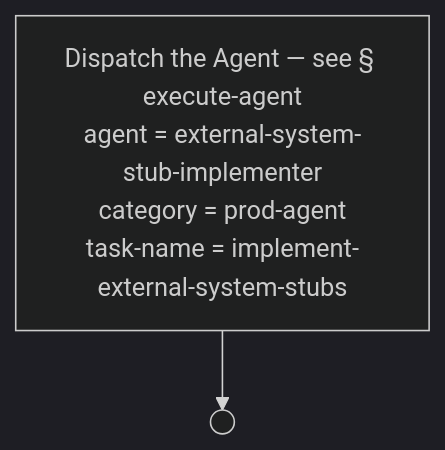
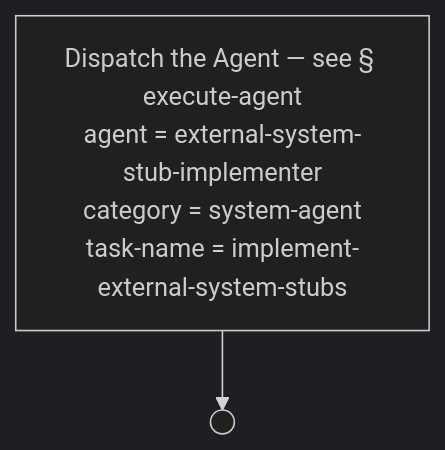
Diagram 30 of 54 in docs/process-diagram.md (optivem/gh-optivem), drawn with Mermaid (dark theme) before and after one commit. The commit also changed other lines of this file and 12 other files, not shown here.

Commit message:
atdd: regenerate process-flow diagram

````diff
--- a/docs/process-diagram.md
+++ b/docs/process-diagram.md
@@ -612,7 +612,7 @@
 ```mermaid
 flowchart TD
-    EXECUTE_AGENT["Dispatch the Agent — see § execute-agent<br/>agent = external-system-stub-implementer<br/>category = prod-agent<br/>task-name = implement-external-system-stubs"]
+    EXECUTE_AGENT["Dispatch the Agent — see § execute-agent<br/>agent = external-system-stub-implementer<br/>category = system-agent<br/>task-name = implement-external-system-stubs"]
     IMPL_STUBS_END(( ))
 
     EXECUTE_AGENT --> IMPL_STUBS_END
 ```
````
